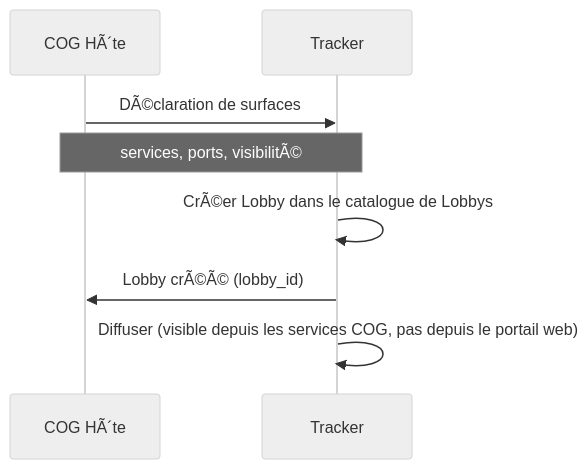
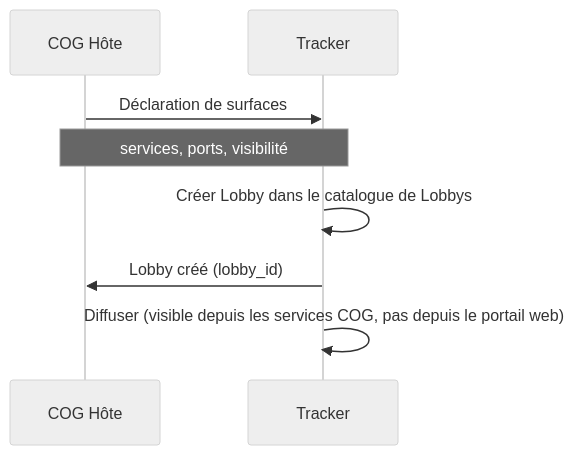
The first of 5 diagrams in docs/miyukini-webway-system/lobbys/MWS - Lobbys Favoris et Amis.md (StudioMiyukini/miyukini_cog), drawn with Mermaid (neutral theme) before and after one commit. The commit also changed other lines of this file and 564 other files, not shown here.

````diff
--- a/docs/miyukini-webway-system/lobbys/MWS - Lobbys Favoris et Amis.md
+++ b/docs/miyukini-webway-system/lobbys/MWS - Lobbys Favoris et Amis.md
@@ -30,11 +30,11 @@
 ```mermaid
 sequenceDiagram
-    participant COG as COG HÃ´te
+    participant COG as COG Hôte
     participant T as Tracker
 
-    COG->>T: DÃ©claration de surfaces
-    Note over COG,T: services, ports, visibilitÃ©
-    T->>T: CrÃ©er Lobby dans le catalogue de Lobbys
-    T->>COG: Lobby crÃ©Ã© (lobby_id)
+    COG->>T: Déclaration de surfaces
+    Note over COG,T: services, ports, visibilité
+    T->>T: Créer Lobby dans le catalogue de Lobbys
+    T->>COG: Lobby créé (lobby_id)
     T->>T: Diffuser (visible depuis les services COG, pas depuis le portail web)
 ```
````
